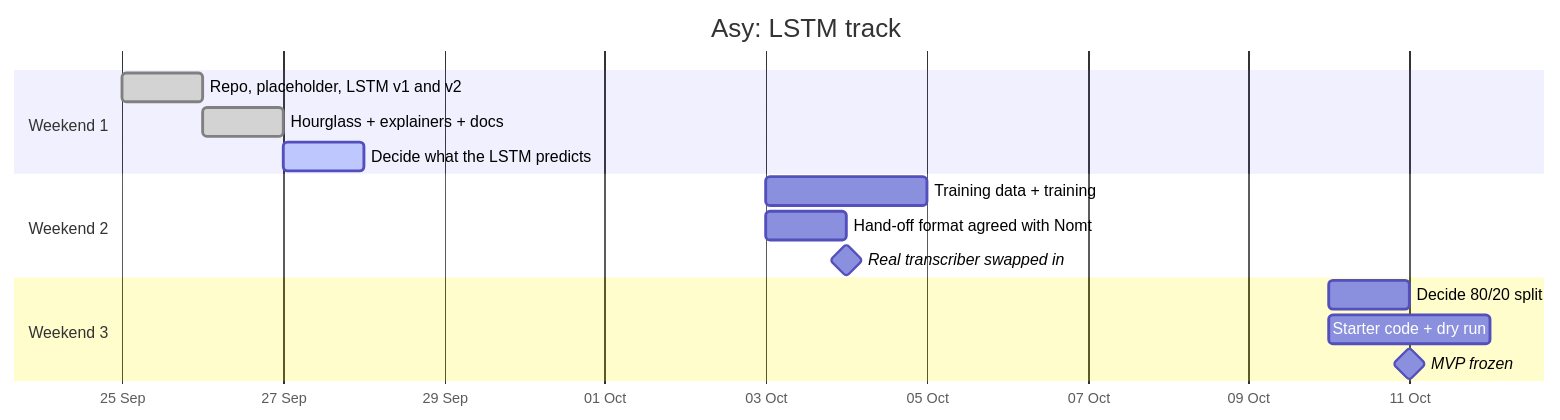
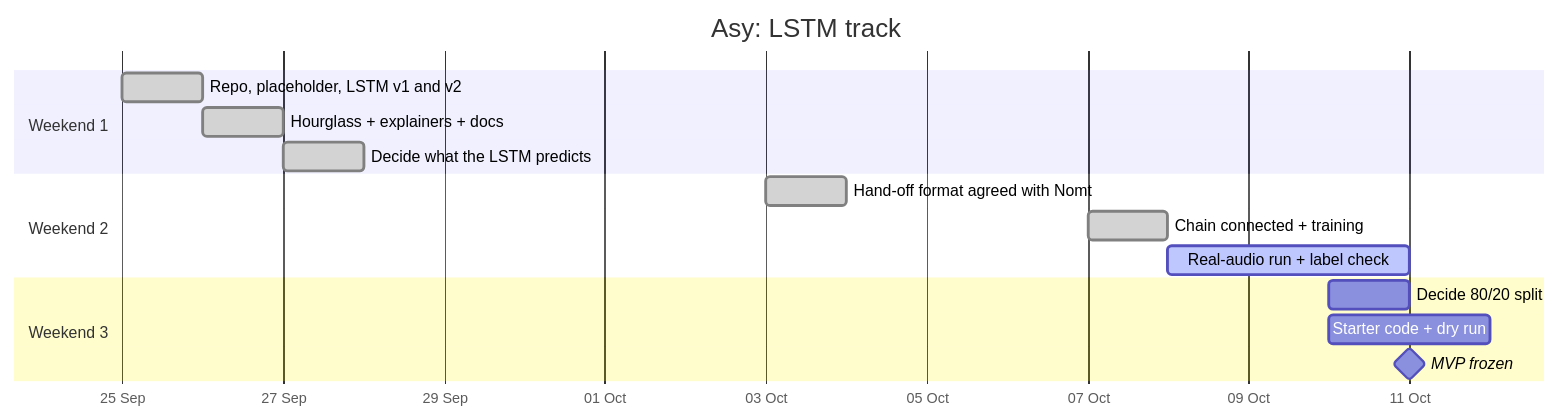
Before and after one commit to Asyxddiq/mlda-audio-workshop: the third of 4 diagrams in progress.md, drawn with Mermaid. The commit also changed other lines of this file and 2 other files, not shown here.

````diff
--- a/progress.md
+++ b/progress.md
@@ -69,18 +70,18 @@
 ```mermaid
 gantt
     title Asy: LSTM track
     dateFormat YYYY-MM-DD
     axisFormat %d %b
     section Weekend 1
     Repo, placeholder, LSTM v1 and v2   :done,   w1a, 2026-09-25, 1d
     Hourglass + explainers + docs       :done,   w1b, 2026-09-26, 1d
-    Decide what the LSTM predicts       :active, w1c, 2026-09-27, 1d
+    Decide what the LSTM predicts       :done,   w1c, 2026-09-27, 1d
     section Weekend 2
-    Training data + training            :        w2a, 2026-10-03, 2d
-    Hand-off format agreed with Nomt    :        w2b, 2026-10-03, 1d
-    Real transcriber swapped in         :milestone, w2m, 2026-10-04, 0d
+    Hand-off format agreed with Nomt    :done,   w2b, 2026-10-03, 1d
+    Chain connected + training          :done,   w2a, 2026-10-07, 1d
+    Real-audio run + label check        :active, w2c, 2026-10-08, 3d
     section Weekend 3
     Decide 80/20 split                  :        w3a, 2026-10-10, 1d
     Starter code + dry run              :        w3b, 2026-10-10, 2d
     MVP frozen                          :milestone, w3m, 2026-10-11, 0d
 ```
````
